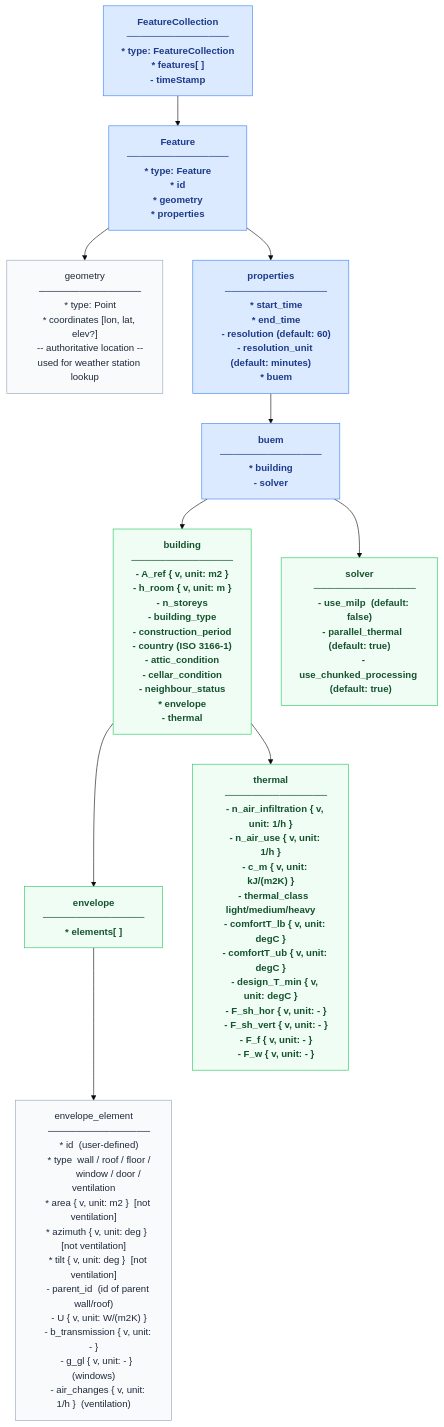
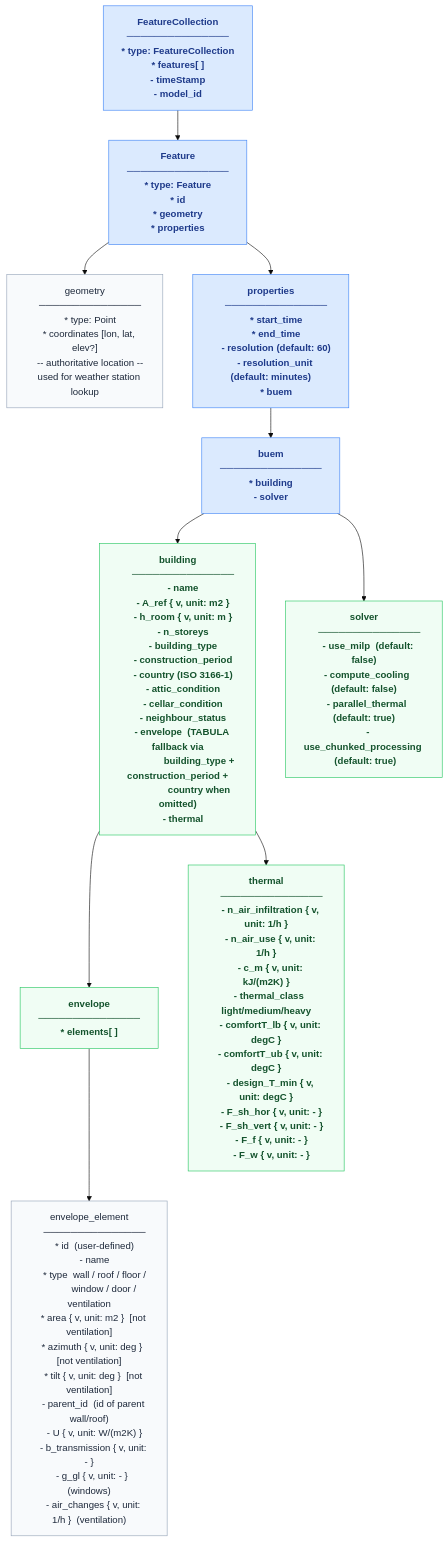
Before and after one commit to enerplanet/buem-gateway: the first of 3 diagrams in SCHEMA_OVERVIEW.md, drawn with Mermaid (base theme). The commit also changed other lines of this file and 6 other files, not shown here.

First line of the commit message:
chore: cut v4.2.1 schema snapshot, fix stale versioning docs

```diff
--- a/SCHEMA_OVERVIEW.md
+++ b/SCHEMA_OVERVIEW.md
@@ -23,7 +23,8 @@
     ───────────────
     * type: FeatureCollection
     * features[ ]
-    - timeStamp"]:::obj
+    - timeStamp
+    - model_id"]:::obj
 
     FEAT["Feature
     ───────────────
@@ -54,6 +55,7 @@
 
     BUILD["building
     ───────────────
+    - name
     - A_ref { v, unit: m2 }
     - h_room { v, unit: m }
     - n_storeys
@@ -63,7 +65,9 @@
     - attic_condition
     - cellar_condition
     - neighbour_status
-    * envelope
+    - envelope  (TABULA fallback via
+                 building_type + construction_period +
+                 country when omitted)
     - thermal"]:::sep
 
     ENV["envelope
@@ -73,6 +77,7 @@
     EL["envelope_element
     ───────────────
     * id  (user-defined)
+    - name
     * type  wall / roof / floor /
             window / door / ventilation
     * area { v, unit: m2 }  [not ventilation]
@@ -101,6 +106,7 @@
     SOLV["solver
     ───────────────
     - use_milp  (default: false)
+    - compute_cooling  (default: false)
     - parallel_thermal  (default: true)
     - use_chunked_processing  (default: true)"]:::sep
 
```
